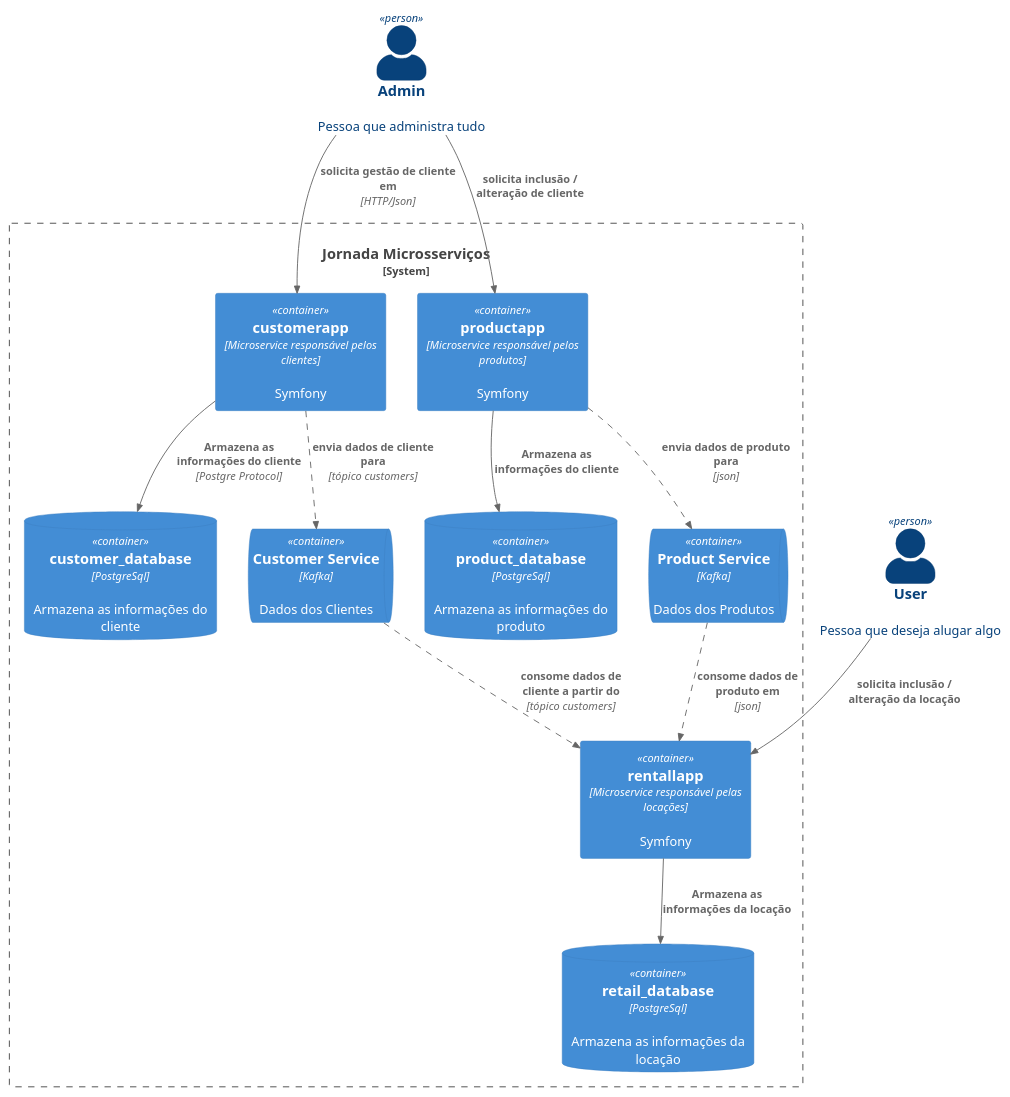
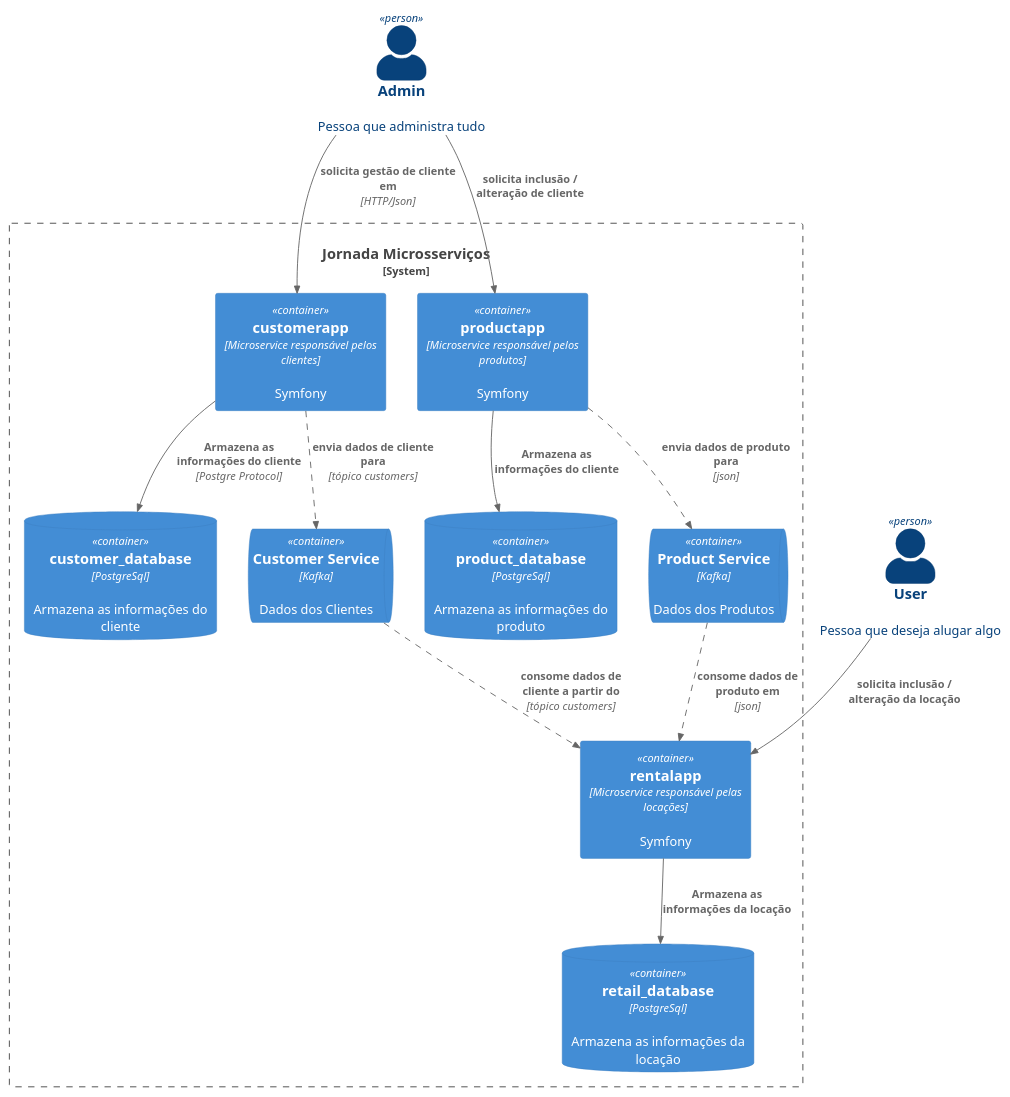
The diagram in microservice-journey.puml (TiagOliveiraTI/microservice-journey), drawn with PlantUML before and after one commit.

Commit message:
atualizando

```diff
--- a/microservice-journey.puml
+++ b/microservice-journey.puml
@@ -1,52 +1,52 @@
 @startuml
 
 !include https://raw.githubusercontent.com/plantuml-stdlib/C4-PlantUML/master/C4_Container.puml
 
 SHOW_PERSON_PORTRAIT()
 ' LAYOUT_LEFT_RIGHT()
 
 AddRelTag("async", $lineStyle = DashedLine())
 
 
 Person(admin,"Admin","Pessoa que administra tudo")
 Person(user,"User","Pessoa que deseja alugar algo")
 
 System_Boundary(gateway, "Jornada Microsserviços") {
 
 
 
 Container(customerapp, "customerapp", "Microservice responsável pelos clientes", "Symfony")
 
 Container(productapp, "productapp", "Microservice responsável pelos produtos", "Symfony")
 
-Container(rentailapp, "rentallapp", "Microservice responsável pelas locações", "Symfony")
+Container(rentalapp, "rentalapp", "Microservice responsável pelas locações", "Symfony")
 
 
 ContainerDb(customerDatabase, "customer_database", "PostgreSql", "Armazena as informações do cliente")
 ContainerDb(productDatabase, "product_database", "PostgreSql", "Armazena as informações do produto")
 ContainerDb(retailDatabase, "retail_database", "PostgreSql", "Armazena as informações da locação")
 
 
 ' Tópicos Kafka
 
 ContainerQueue(kafka_customer, "Customer Service", "Kafka", "Dados dos Clientes")
 ContainerQueue(kafka_product, "Product Service", "Kafka", "Dados dos Produtos")
 
 
 ' Relacionamentos
 Rel(admin, customerapp, "solicita gestão de cliente em", "HTTP/Json")
 Rel(customerapp, customerDatabase, "Armazena as informações do cliente", "Postgre Protocol")
 Rel(customerapp, kafka_customer, "envia dados de cliente para", "tópico customers", $tags = "async")
 
 Rel(admin, productapp, "solicita inclusão / alteração de cliente")
 Rel(productapp, productDatabase, "Armazena as informações do cliente")
 
-Rel(user, rentailapp, "solicita inclusão / alteração da locação")
-Rel(rentailapp, retailDatabase, "Armazena as informações da locação")
+Rel(user, rentalapp, "solicita inclusão / alteração da locação")
+Rel(rentalapp, retailDatabase, "Armazena as informações da locação")
 
 ' Tópicos Kafka
 Rel(productapp, kafka_product, "envia dados de produto para", "json", $tags = "async")
-Rel(kafka_customer, rentailapp, "consome dados de cliente a partir do", "tópico customers", $tags = "async")
-Rel(kafka_product, rentailapp, "consome dados de produto em", "json", $tags = "async")
+Rel(kafka_customer, rentalapp, "consome dados de cliente a partir do", "tópico customers", $tags = "async")
+Rel(kafka_product, rentalapp, "consome dados de produto em", "json", $tags = "async")
 }
 @enduml
```
